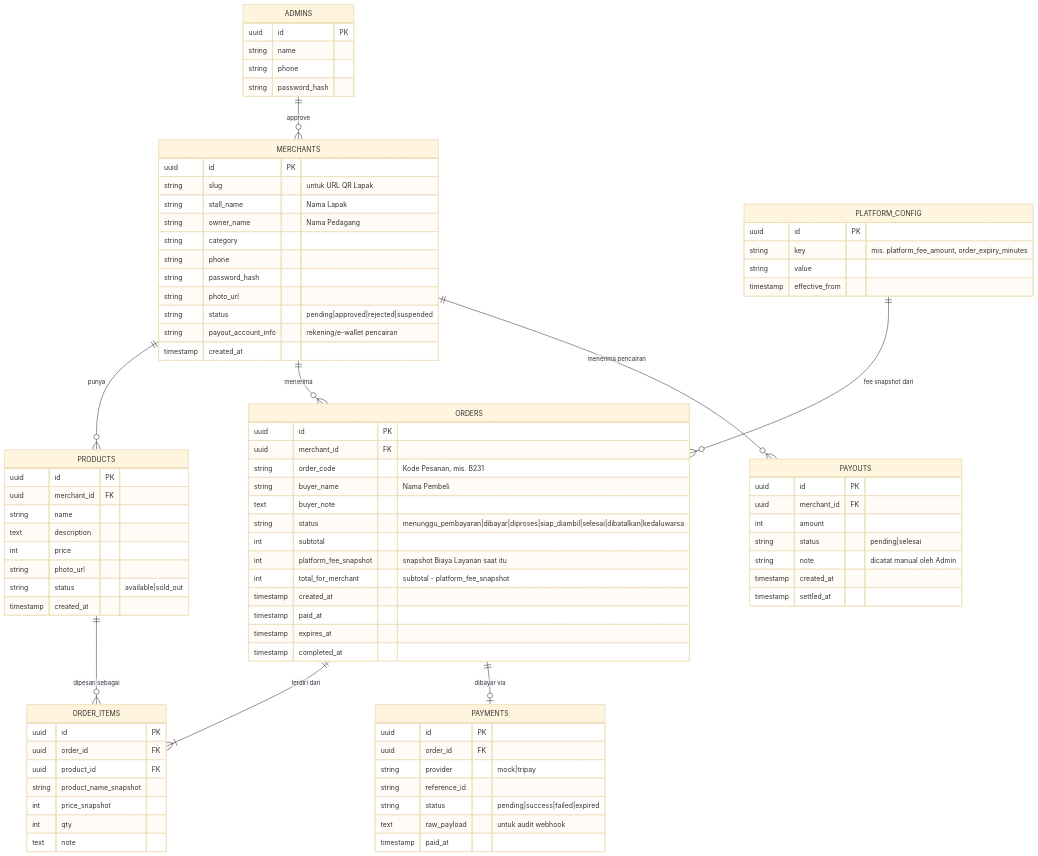
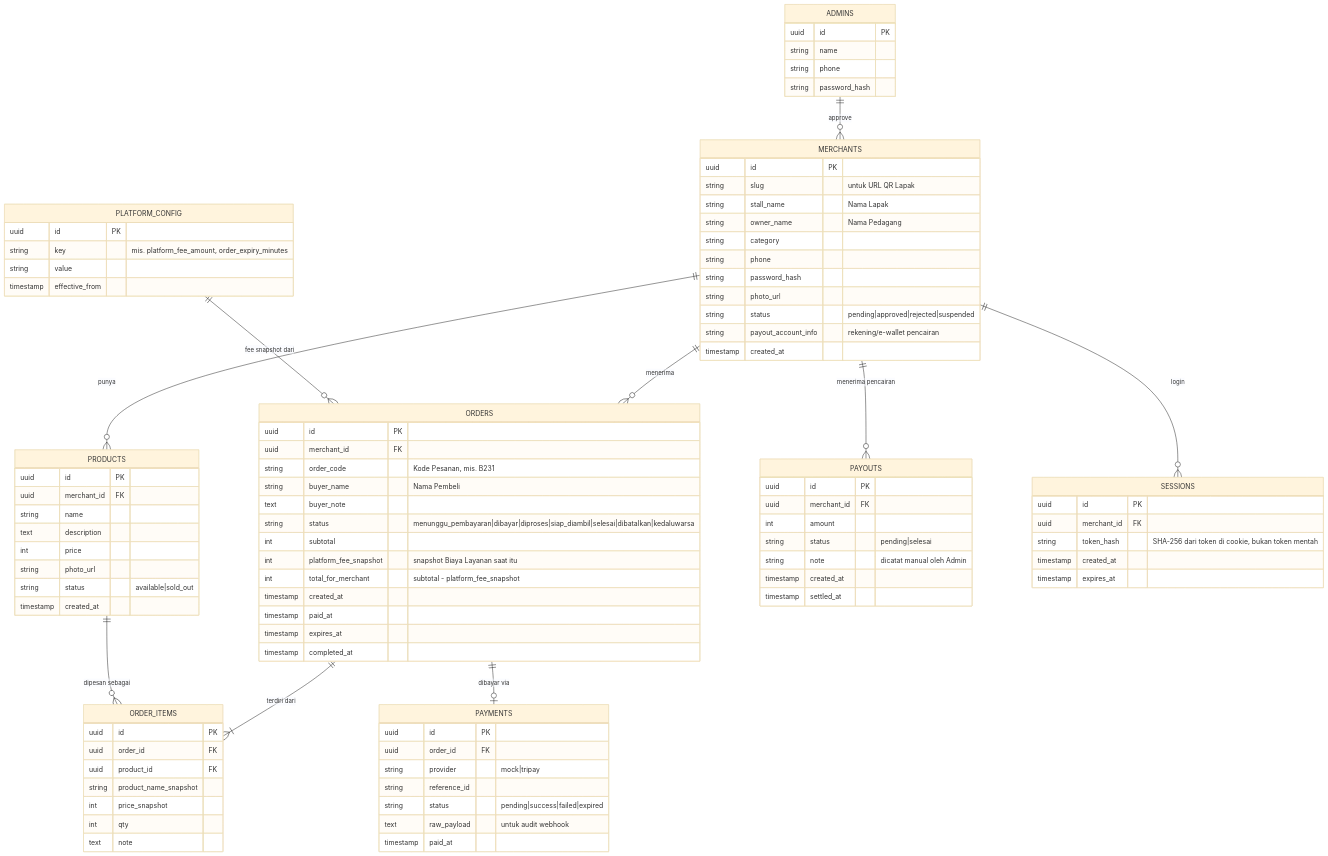
One commit to WeirdoKitten/My-Gerai changed the diagram in docs/DATA-MODEL.md. Above: the diagram before and after it, drawn with Mermaid (base theme). The commit also changed other lines of this file and 35 other files, not shown here.

````diff
--- a/docs/DATA-MODEL.md
+++ b/docs/DATA-MODEL.md
@@ -14,6 +14,7 @@
     PRODUCTS ||--o{ ORDER_ITEMS : "dipesan sebagai"
     ORDERS ||--o| PAYMENTS : "dibayar via"
     PLATFORM_CONFIG ||--o{ ORDERS : "fee snapshot dari"
+    MERCHANTS ||--o{ SESSIONS : "login"
 
     MERCHANTS {
         uuid id PK
@@ -99,4 +100,12 @@
         string phone
         string password_hash
     }
+
+    SESSIONS {
+        uuid id PK
+        uuid merchant_id FK
+        string token_hash "SHA-256 dari token di cookie, bukan token mentah"
+        timestamp created_at
+        timestamp expires_at
+    }
 ```
````
